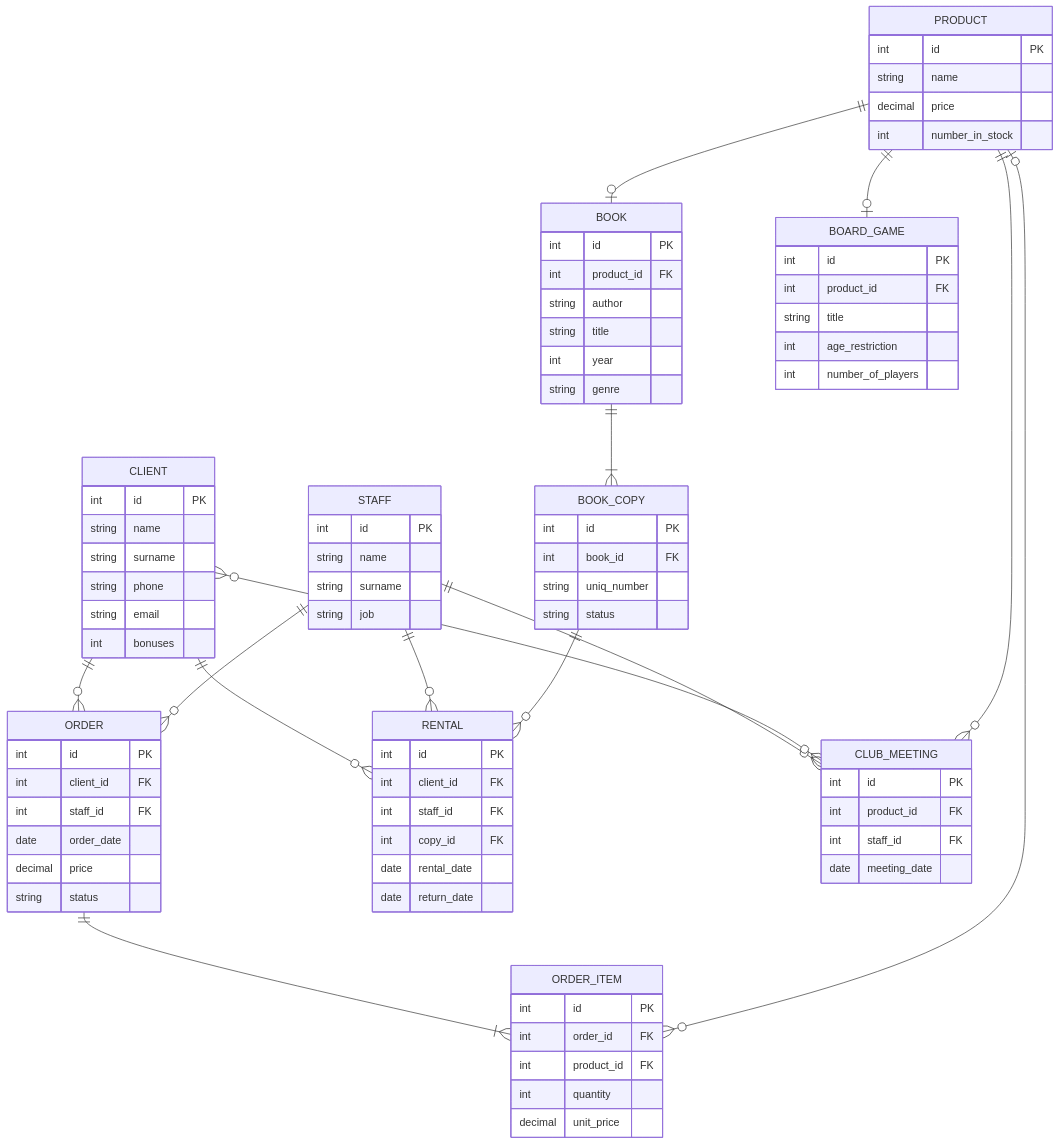
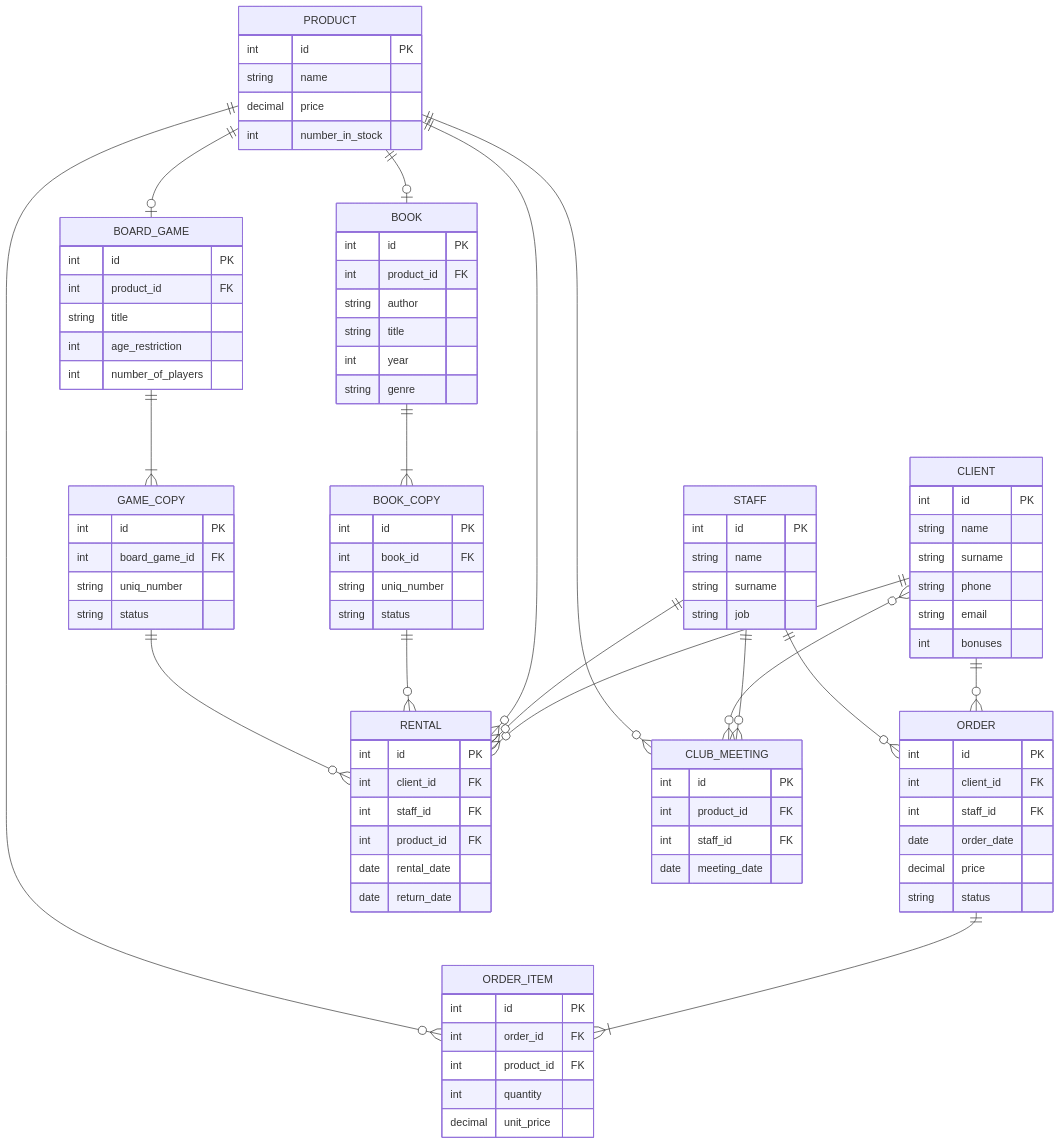
One commit to sofiakiosova37-boop/bookshop_kpi2 changed the diagram in task1/ERdiagram.mmd. Above: the diagram before and after it, drawn with Mermaid. The commit also changed 1 other file, not shown here.

```diff
--- a/task1/ERdiagram.mmd
+++ b/task1/ERdiagram.mmd
@@ -1,95 +1,105 @@
 erDiagram
 CLIENT ||--o{ ORDER : ""
 CLIENT ||--o{ RENTAL : ""
 STAFF ||--o{ ORDER : ""
 STAFF||--o{ RENTAL : ""
 STAFF ||--o{ CLUB_MEETING : ""
 CLIENT }o--o{ CLUB_MEETING: ""
 PRODUCT ||--o{ CLUB_MEETING : ""
 ORDER ||--|{ ORDER_ITEM : ""
-BOOK_COPY ||--o{ RENTAL : ""
+PRODUCT ||--o{ RENTAL : ""
 BOOK ||--|{ BOOK_COPY: ""
+BOARD_GAME||--|{ GAME_COPY: ""
 PRODUCT ||--o|BOOK: ""
 PRODUCT ||--o|BOARD_GAME: ""
-PRODUCT |o--o{ORDER_ITEM: ""
+PRODUCT ||--o{ORDER_ITEM: ""
+BOOK_COPY ||--o{ RENTAL : ""
+GAME_COPY ||--o{ RENTAL : ""
 
 STAFF {
     int id PK
     string name
     string surname
     string job
 }
 
 CLIENT {
     int id PK
     string name
     string surname
     string phone
     string email
     int bonuses
 }
 
 BOOK {
     int id PK
     int product_id FK
     string author
     string title
     int year
     string genre
 }
 
 BOARD_GAME {
     int id PK
     int product_id FK
     string title
     int age_restriction
     int number_of_players
 }
 
 PRODUCT {
     int id PK
     string name
     decimal price
     int number_in_stock
 }
 
 
 BOOK_COPY {
     int id PK
     int book_id FK
     string uniq_number
     string status
 }
 
+GAME_COPY {
+    int id PK
+    int board_game_id FK
+    string uniq_number
+    string status
+}
+
 ORDER {
     int id PK
     int client_id FK
     int staff_id FK
     date order_date 
     decimal price
     string status
 }
 
 RENTAL {
     int id PK
     int client_id FK 
     int staff_id FK 
-    int copy_id FK
+    int product_id FK
     date rental_date
     date return_date
 }
 
 CLUB_MEETING {
     int id PK
     int product_id FK
     int staff_id FK
     date meeting_date
 }
 
 ORDER_ITEM {
     int id PK
     int order_id FK
     int product_id FK
     int quantity
     decimal unit_price
 }
```
